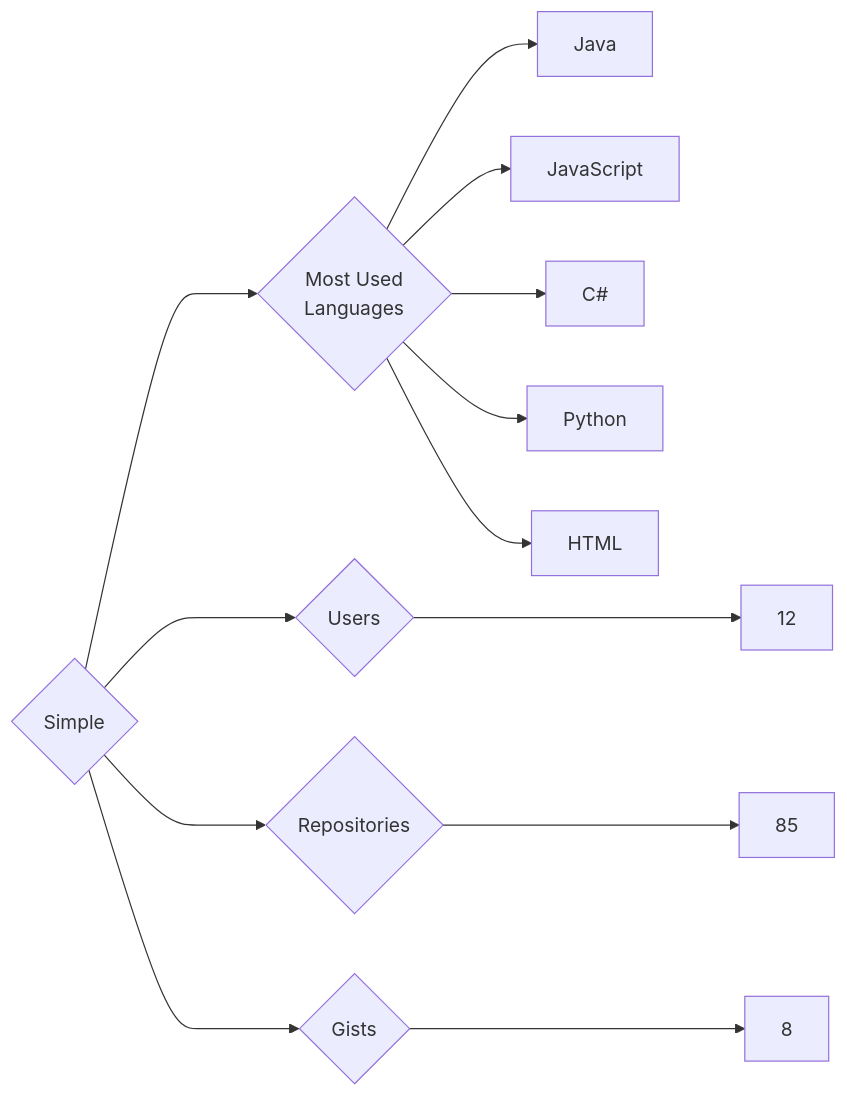
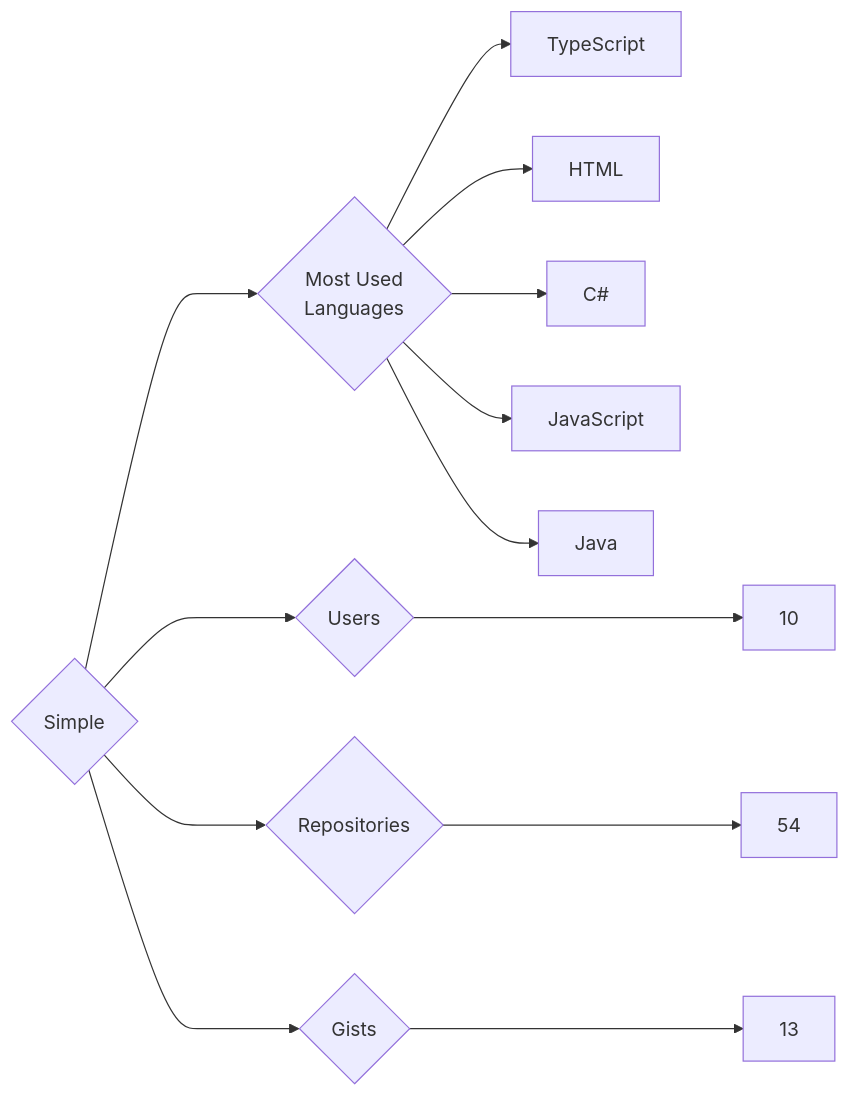
Before and after one commit to trickest/insiders: the diagram in targets/Simple/README.md, drawn with Mermaid. The commit also changed 677 other files, not shown here.

````diff
--- a/targets/Simple/README.md
+++ b/targets/Simple/README.md
@@ -3,13 +3,13 @@
 ```mermaid
 graph LR
 COMPANY_NAME{Simple}
-COMPANY_NAME ---> U{Users} ---> UN[12]
-COMPANY_NAME ---> R{Repositories} ---> RN[85]
-COMPANY_NAME ---> G{Gists} ---> GN[8]
+COMPANY_NAME ---> U{Users} ---> UN[10]
+COMPANY_NAME ---> R{Repositories} ---> RN[54]
+COMPANY_NAME ---> G{Gists} ---> GN[13]
 COMPANY_NAME ---> ML{Most Used<br>Languages}
+ML --> TypeScript[TypeScript]
+ML --> HTML[HTML]
+ML --> C#[C#]
+ML --> JavaScript[JavaScript]
 ML --> Java[Java]
-ML --> JavaScript[JavaScript]
-ML --> C#[C#]
-ML --> Python[Python]
-ML --> HTML[HTML]
 ```
````
